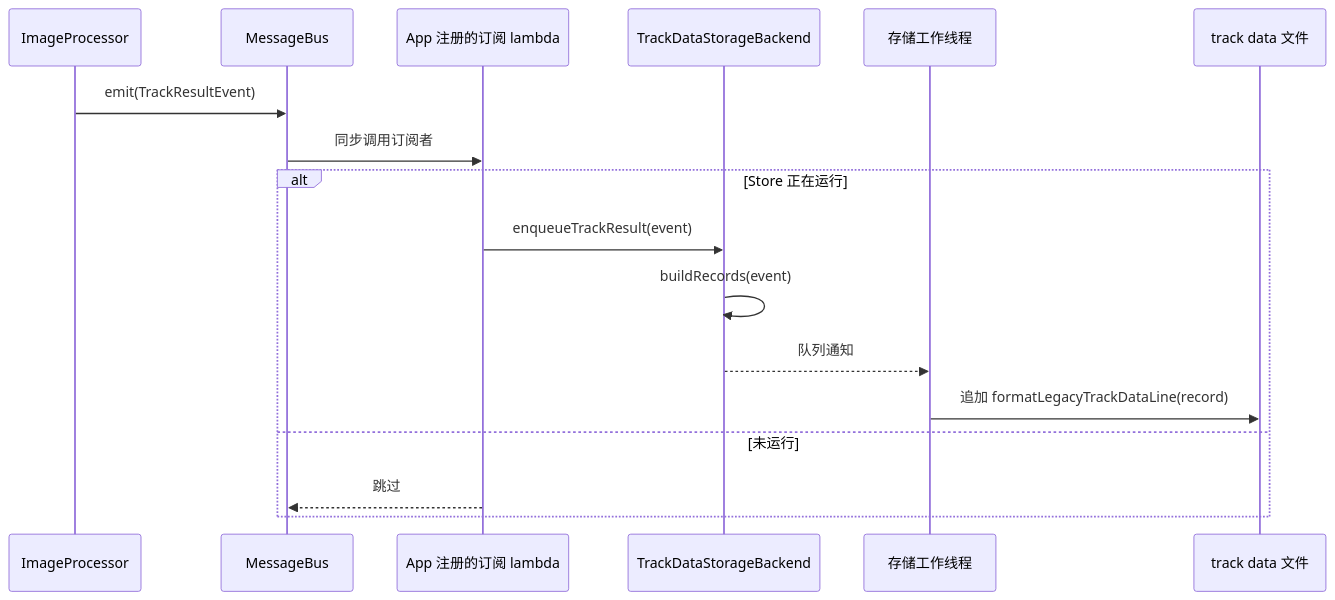
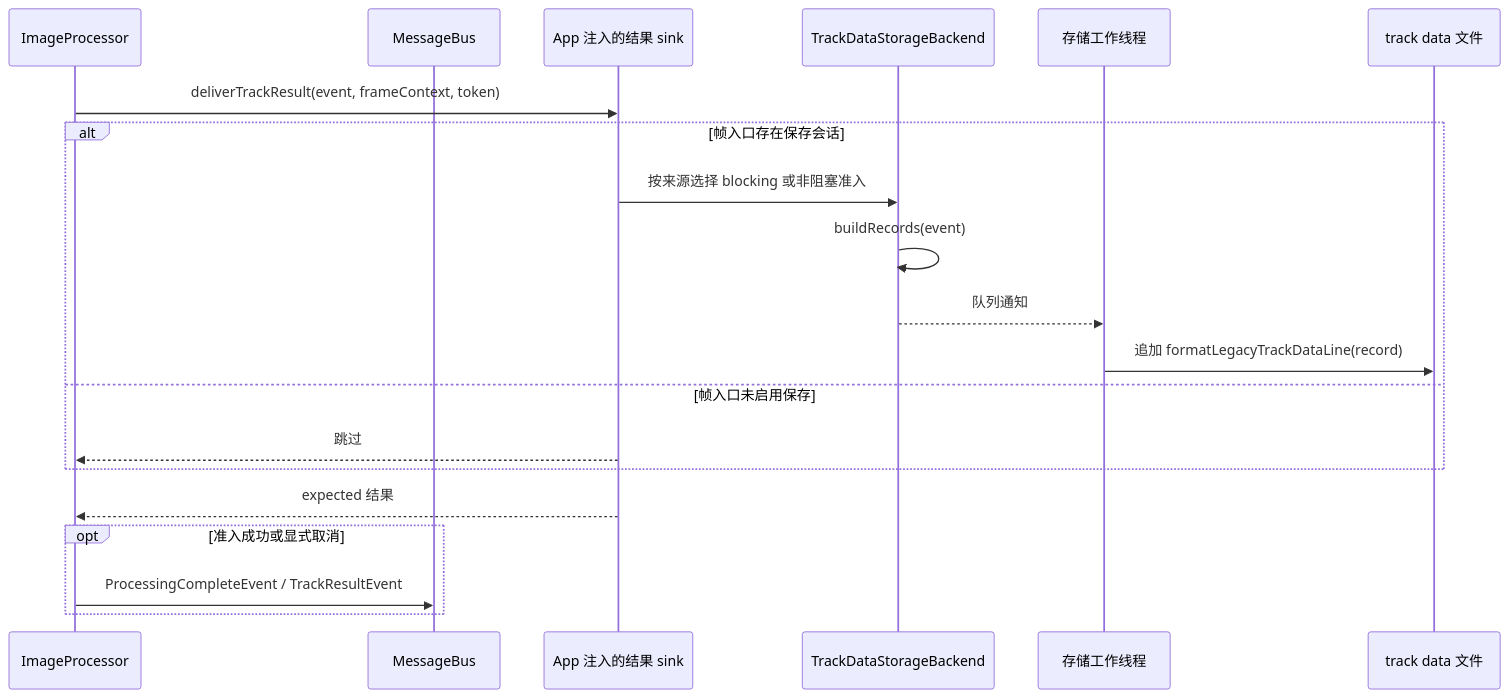
Before and after one commit to with-fair-wind/1mZGG: the fifth of 6 diagrams in docs/module-storage.md, drawn with Mermaid. The commit also changed other lines of this file and 27 other files, not shown here.

````diff
--- a/docs/module-storage.md
+++ b/docs/module-storage.md
@@ -214,20 +224,23 @@
 ```mermaid
 sequenceDiagram
     participant Processor as ImageProcessor
     participant Bus as MessageBus
-    participant App as App 注册的订阅 lambda
+    participant App as App 注入的结果 sink
     participant Store as TrackDataStorageBackend
     participant Worker as 存储工作线程
     participant File as track data 文件
 
-    Processor->>Bus: emit(TrackResultEvent)
-    Bus->>App: 同步调用订阅者
-    alt Store 正在运行
-        App->>Store: enqueueTrackResult(event)
+    Processor->>App: deliverTrackResult(event, frameContext, token)
+    alt 帧入口存在保存会话
+        App->>Store: 按来源选择 blocking 或非阻塞准入
         Store->>Store: buildRecords(event)
         Store-->>Worker: 队列通知
         Worker->>File: 追加 formatLegacyTrackDataLine(record)
-    else 未运行
-        App-->>Bus: 跳过
+    else 帧入口未启用保存
+        App-->>Processor: 跳过
+    end
+    App-->>Processor: expected 结果
+    opt 准入成功或显式取消
+        Processor->>Bus: ProcessingCompleteEvent / TrackResultEvent
     end
 ```
````
